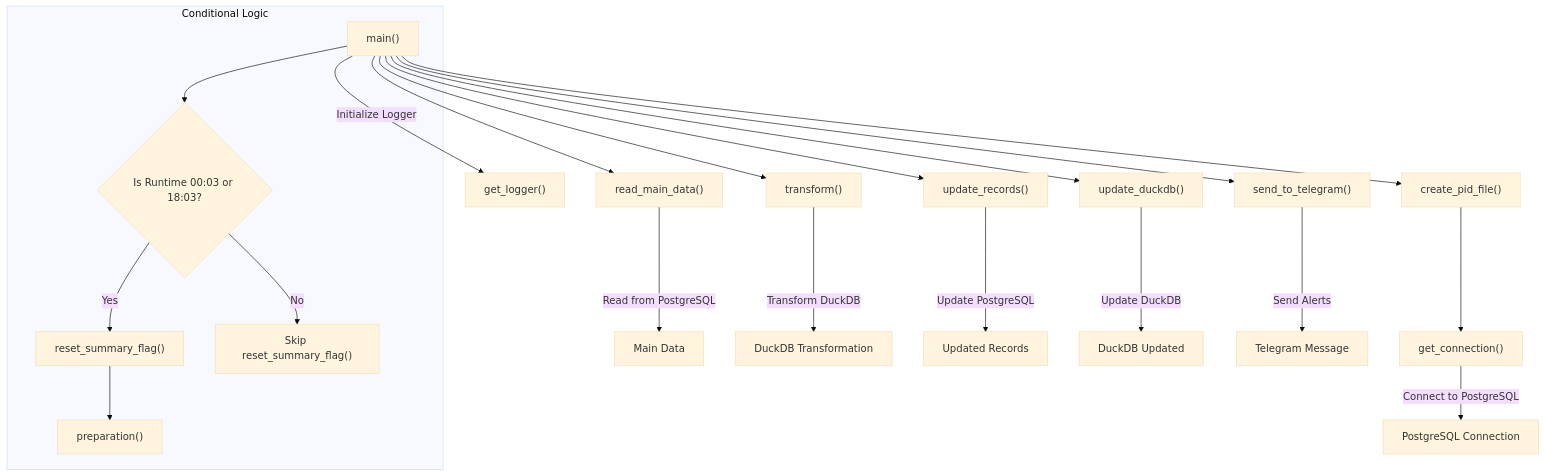
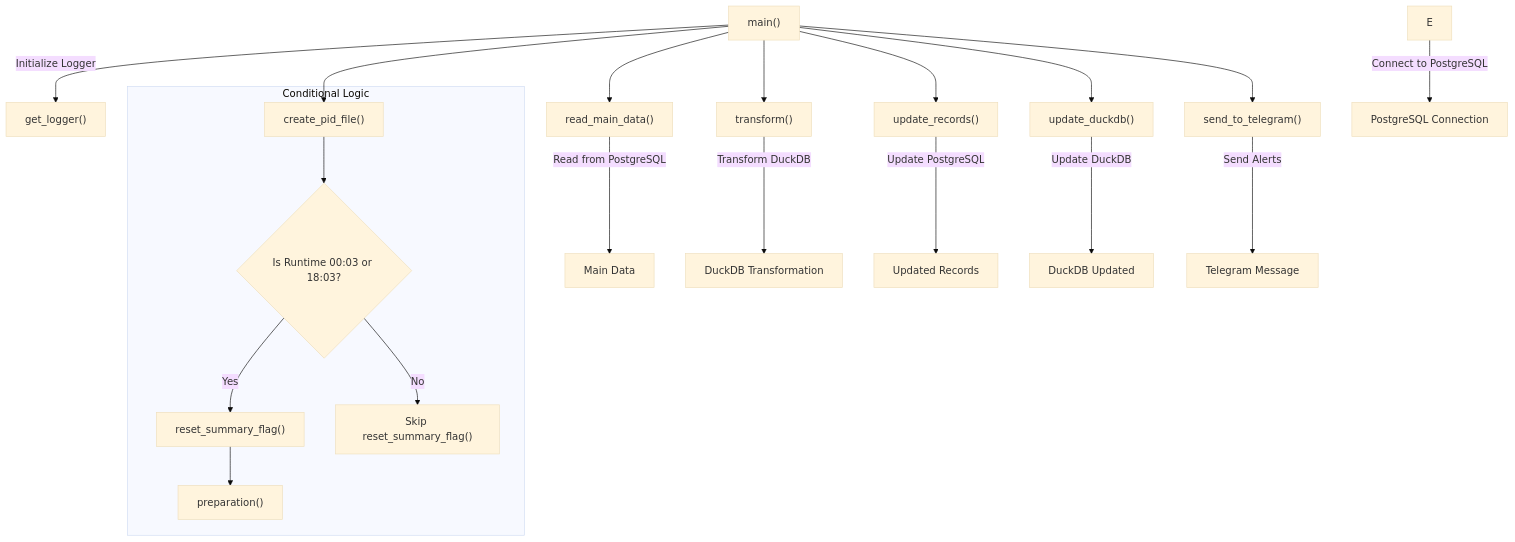
The second of 2 diagrams in UDR/calculation_readme.md (maulanaady/psn), drawn with Mermaid (base theme) before and after one commit.

Commit message:
update readme file

````diff
--- a/UDR/calculation_readme.md
+++ b/UDR/calculation_readme.md
@@ -75,27 +75,26 @@
 ```mermaid
 graph TD;
     A[main#40;#41;] --> |Initialize Logger| B[get_logger#40;#41;];
     A --> D[create_pid_file#40;#41;];
-    D --> E[get_connection#40;#41;];
     A --> F[read_main_data#40;#41;];
     
     subgraph Conditional Logic
-        A --> G{Is Runtime 00:03 or 18:03?}
+        D --> G{Is Runtime 00:03 or 18:03?}
         G -- Yes --> H[reset_summary_flag#40;#41;];
         G -- No --> I[Skip reset_summary_flag#40;#41;];
         H --> J[preparation#40;#41;];
     end
 
     A --> K[transform#40;#41;];
     A --> L[update_records#40;#41;];
     A --> M[update_duckdb#40;#41;];
     A --> N[send_to_telegram#40;#41;];
 
     E --> |Connect to PostgreSQL| O[PostgreSQL Connection];
     F --> |Read from PostgreSQL| P[Main Data];
     K --> |Transform DuckDB| Q[DuckDB Transformation];
     L --> |Update PostgreSQL| R[Updated Records];
     M --> |Update DuckDB| S[DuckDB Updated];
     N --> |Send Alerts| T[Telegram Message];
 
 ```
````
